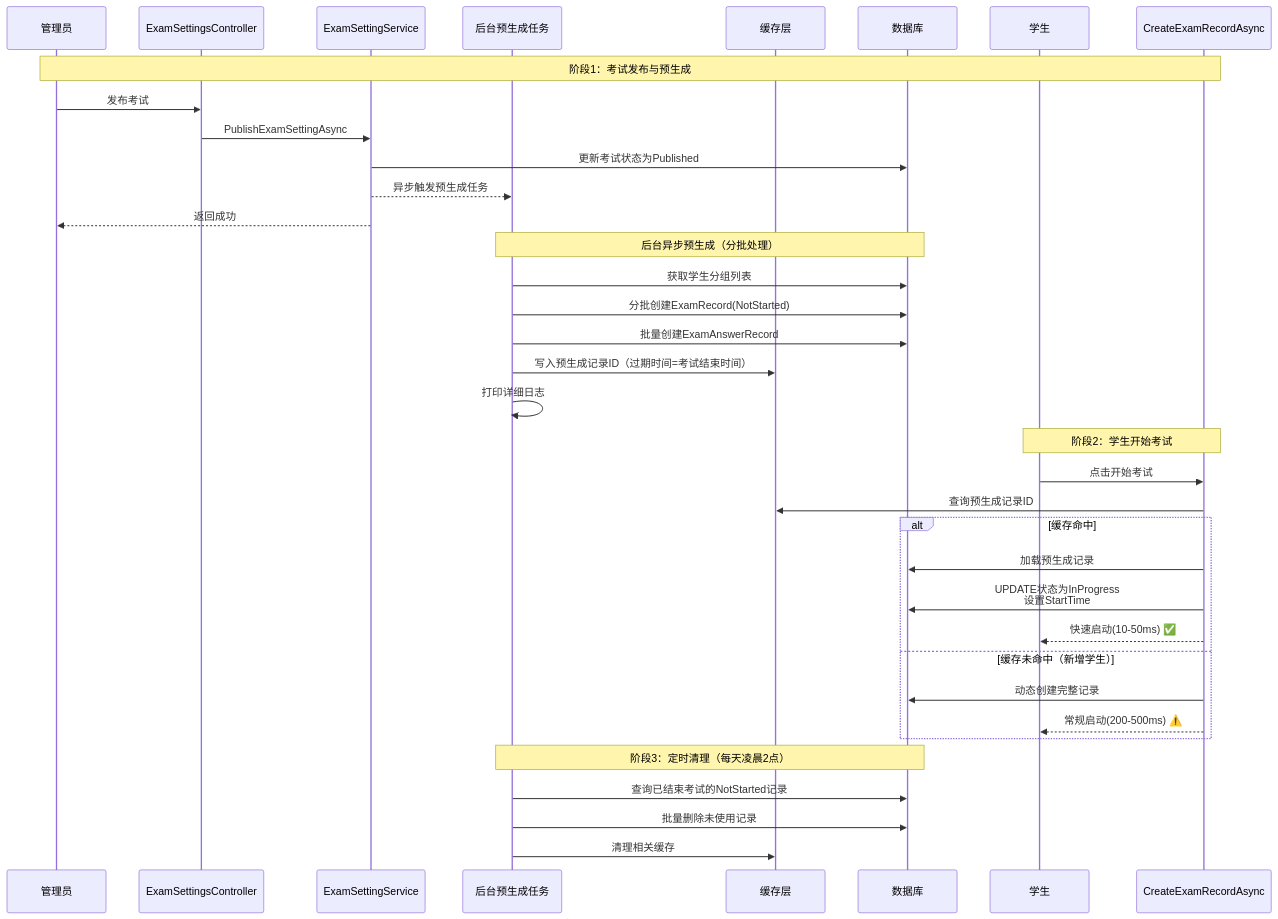
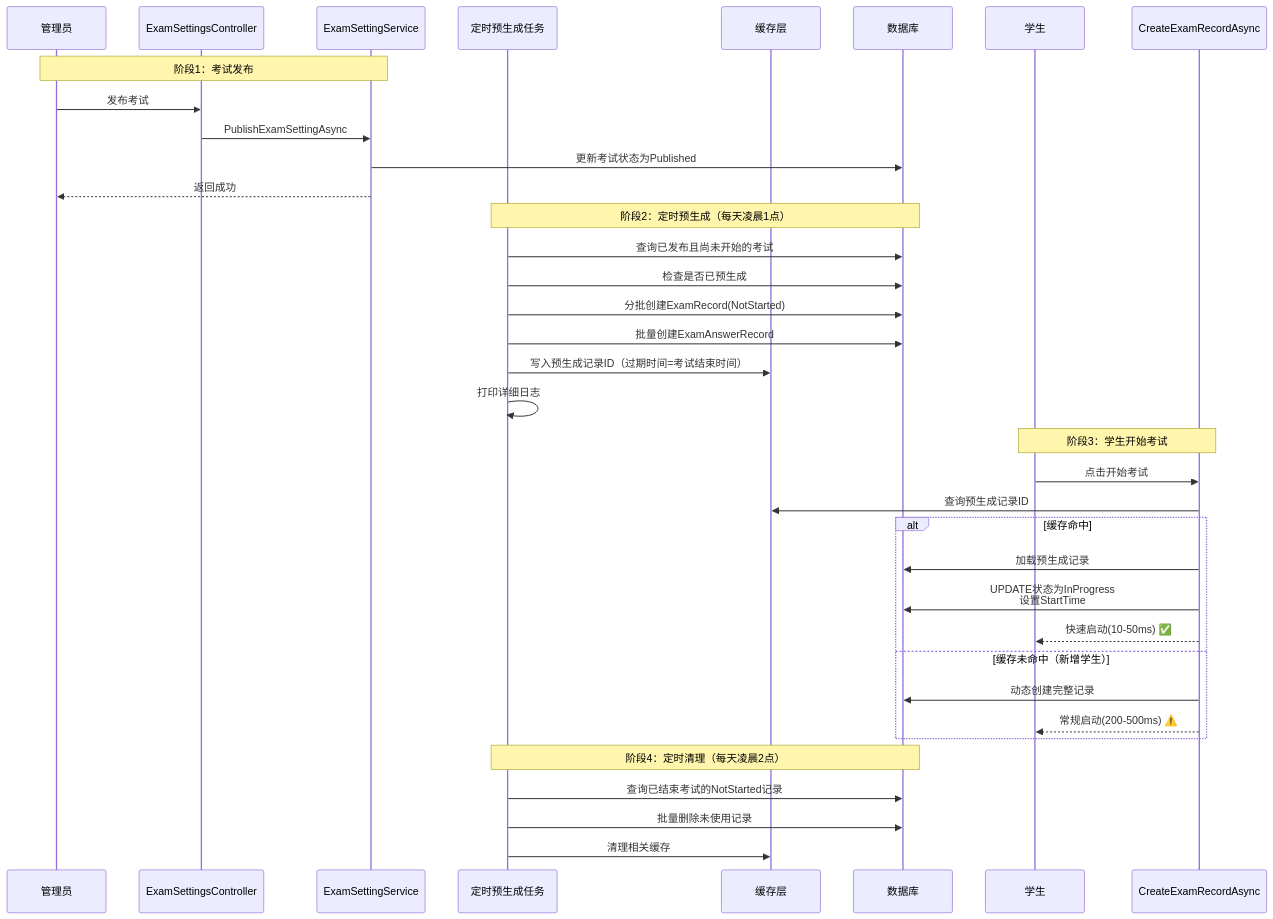
Before and after one commit to jianyuyanyu/CodeSpirit: the first of 2 diagrams in Docs/09-Exam-System/exam-record-pregeneration-zh-CN.md, drawn with Mermaid. The commit also changed other lines of this file and 5 other files, not shown here.

````diff
--- a/Docs/09-Exam-System/exam-record-pregeneration-zh-CN.md
+++ b/Docs/09-Exam-System/exam-record-pregeneration-zh-CN.md
@@ -40,42 +41,42 @@
 ```mermaid
 sequenceDiagram
     participant Admin as 管理员
     participant Controller as ExamSettingsController
     participant Service as ExamSettingService
-    participant BgTask as 后台预生成任务
+    participant ScheduledTask as 定时预生成任务
     participant Cache as 缓存层
     participant DB as 数据库
     participant Student as 学生
     participant StartExam as CreateExamRecordAsync
     
-    Note over Admin,StartExam: 阶段1：考试发布与预生成
+    Note over Admin,Service: 阶段1：考试发布
     Admin->>Controller: 发布考试
     Controller->>Service: PublishExamSettingAsync
     Service->>DB: 更新考试状态为Published
-    Service-->>BgTask: 异步触发预生成任务
     Service-->>Admin: 返回成功
     
-    Note over BgTask,DB: 后台异步预生成（分批处理）
-    BgTask->>DB: 获取学生分组列表
-    BgTask->>DB: 分批创建ExamRecord(NotStarted)
-    BgTask->>DB: 批量创建ExamAnswerRecord
-    BgTask->>Cache: 写入预生成记录ID（过期时间=考试结束时间）
-    BgTask->>BgTask: 打印详细日志
+    Note over ScheduledTask,DB: 阶段2：定时预生成（每天凌晨1点）
+    ScheduledTask->>DB: 查询已发布且尚未开始的考试
+    ScheduledTask->>DB: 检查是否已预生成
+    ScheduledTask->>DB: 分批创建ExamRecord(NotStarted)
+    ScheduledTask->>DB: 批量创建ExamAnswerRecord
+    ScheduledTask->>Cache: 写入预生成记录ID（过期时间=考试结束时间）
+    ScheduledTask->>ScheduledTask: 打印详细日志
     
-    Note over Student,StartExam: 阶段2：学生开始考试
+    Note over Student,StartExam: 阶段3：学生开始考试
     Student->>StartExam: 点击开始考试
     StartExam->>Cache: 查询预生成记录ID
     alt 缓存命中
         StartExam->>DB: 加载预生成记录
         StartExam->>DB: UPDATE状态为InProgress<br/>设置StartTime
         StartExam-->>Student: 快速启动(10-50ms) ✅
     else 缓存未命中（新增学生）
         StartExam->>DB: 动态创建完整记录
         StartExam-->>Student: 常规启动(200-500ms) ⚠️
     end
     
-    Note over BgTask,DB: 阶段3：定时清理（每天凌晨2点）
-    BgTask->>DB: 查询已结束考试的NotStarted记录
-    BgTask->>DB: 批量删除未使用记录
-    BgTask->>Cache: 清理相关缓存
+    Note over ScheduledTask,DB: 阶段4：定时清理（每天凌晨2点）
+    ScheduledTask->>DB: 查询已结束考试的NotStarted记录
+    ScheduledTask->>DB: 批量删除未使用记录
+    ScheduledTask->>Cache: 清理相关缓存
 ```
````
